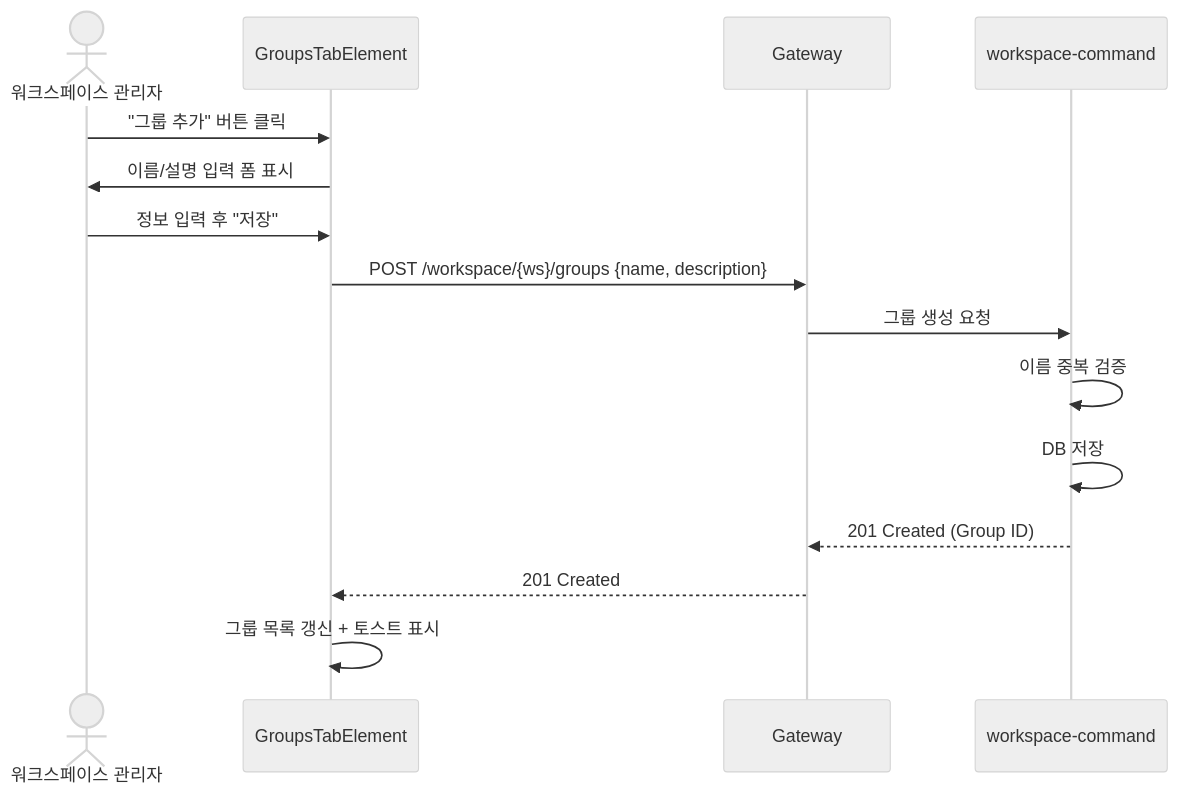
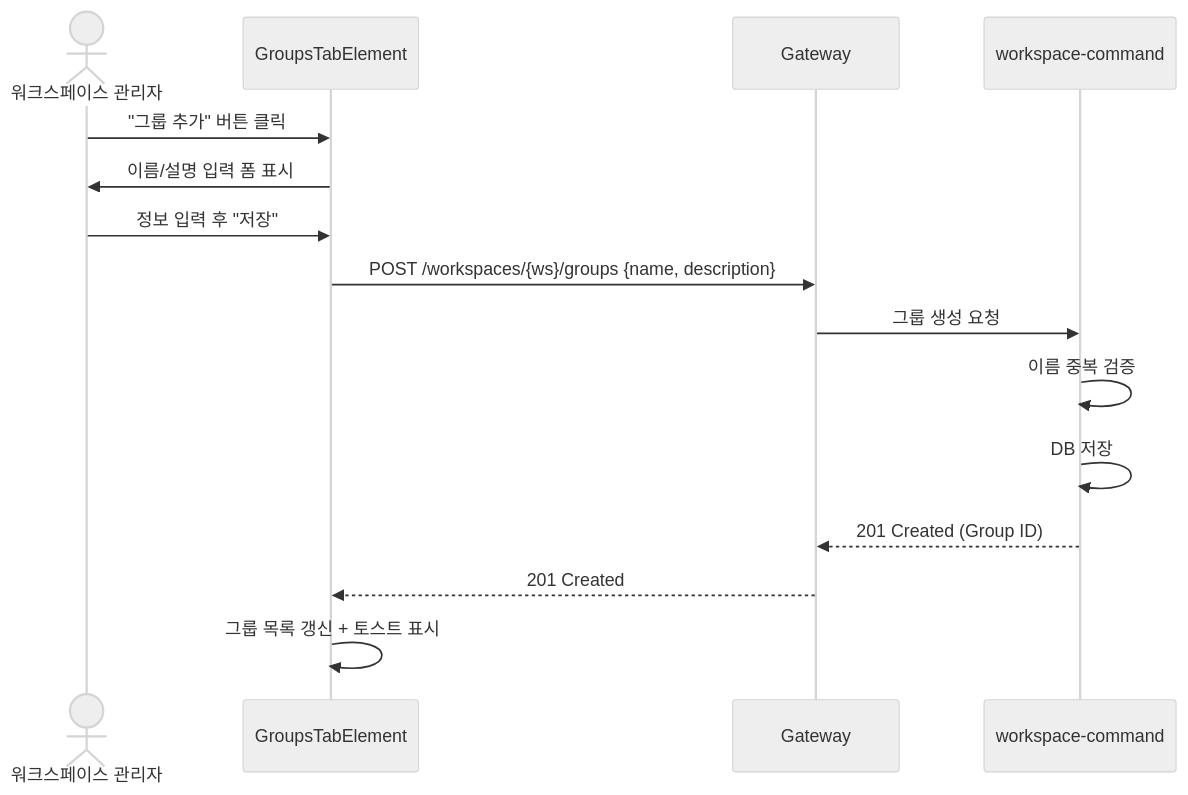
Before and after one commit to sayaya1090/handbook: the seventh of 28 diagrams in docs/usecases.md, drawn with Mermaid (neutral theme). The commit also changed other lines of this file and 58 other files, not shown here.

````diff
--- a/docs/usecases.md
+++ b/docs/usecases.md
@@ -555,18 +555,18 @@
 ```mermaid
 sequenceDiagram
     actor Admin as 워크스페이스 관리자
     participant UI as GroupsTabElement
     participant GW as Gateway
     participant API as workspace-command
 
     Admin->>UI: "그룹 추가" 버튼 클릭
     UI->>Admin: 이름/설명 입력 폼 표시
     Admin->>UI: 정보 입력 후 "저장"
-    UI->>GW: POST /workspace/{ws}/groups {name, description}
+    UI->>GW: POST /workspaces/{ws}/groups {name, description}
     GW->>API: 그룹 생성 요청
     API->>API: 이름 중복 검증
     API->>API: DB 저장
     API-->>GW: 201 Created (Group ID)
     GW-->>UI: 201 Created
     UI->>UI: 그룹 목록 갱신 + 토스트 표시
 ```
````
